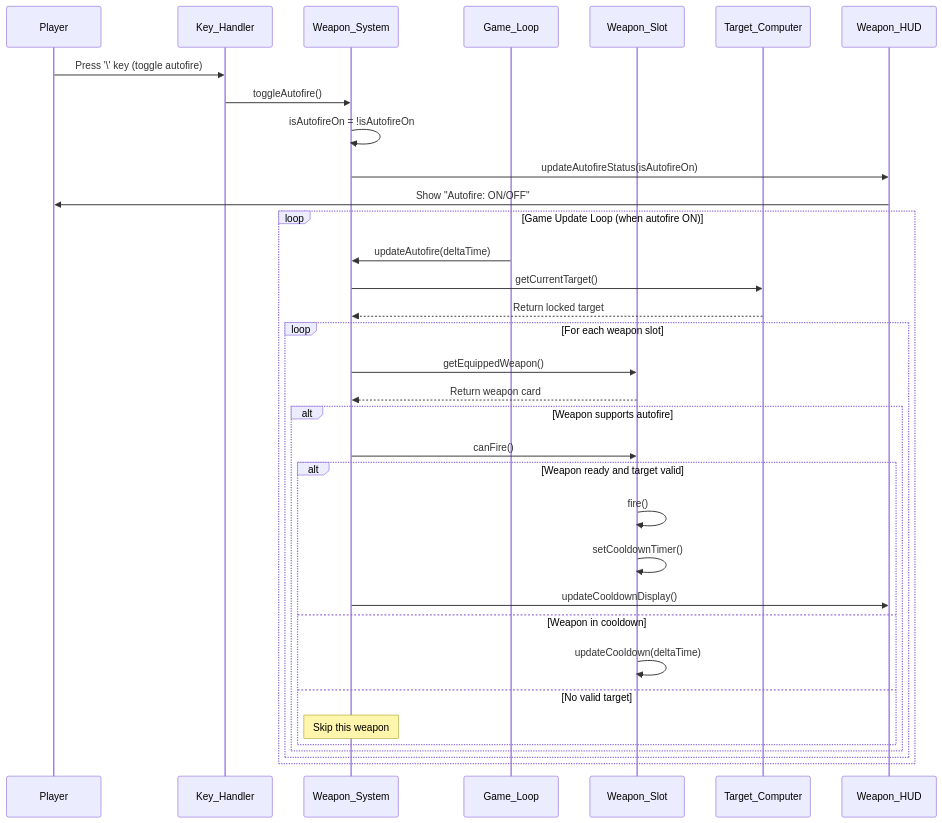
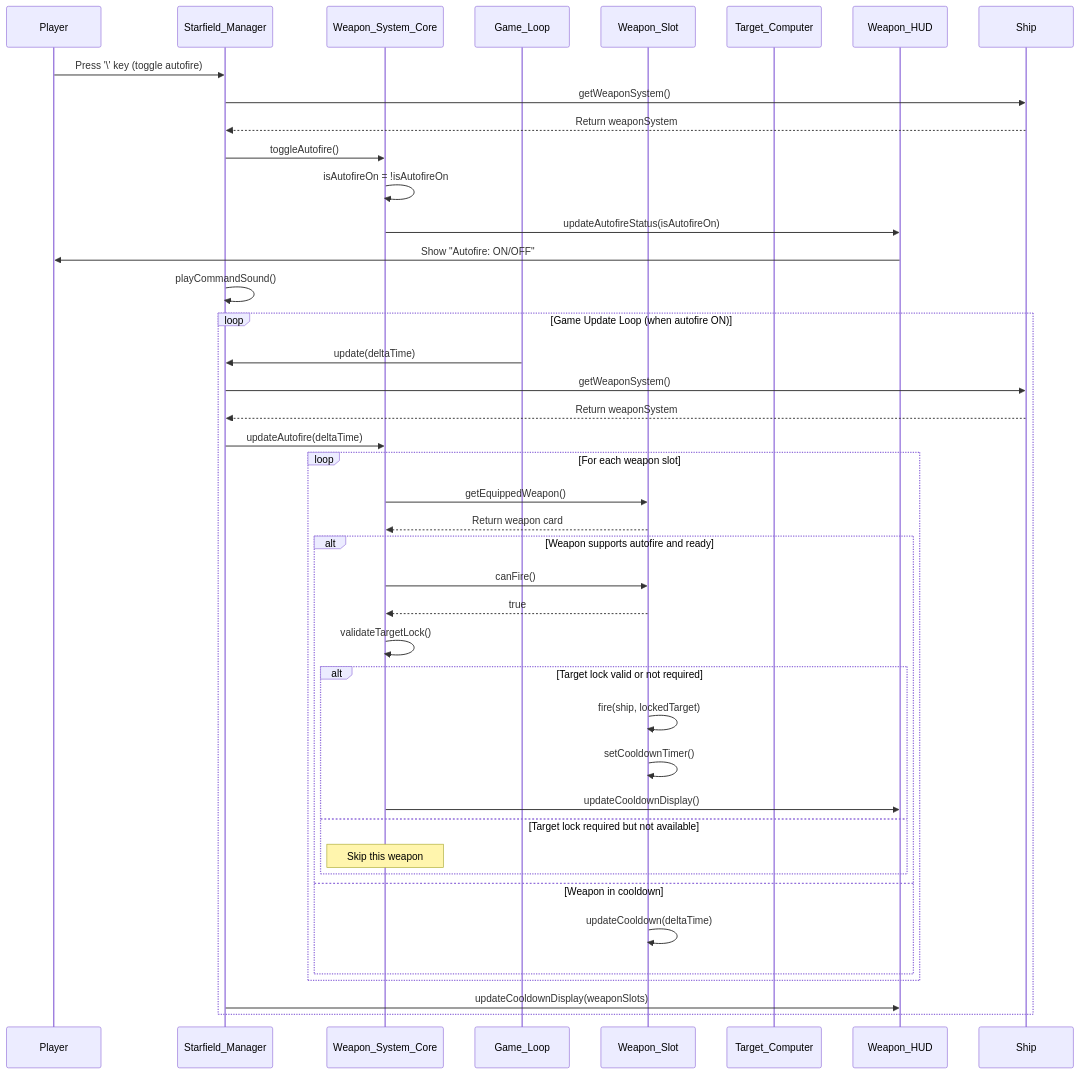
Diagram 19 of 24 in docs/system_architecture.md (thoracle/planetz), drawn with Mermaid before and after one commit. The commit also changed other lines of this file and 9 other files, not shown here.

````diff
--- a/docs/system_architecture.md
+++ b/docs/system_architecture.md
@@ -1081,41 +1149,50 @@
 ```mermaid
 sequenceDiagram
     participant Player
-    participant KeyHandler as Key_Handler
-    participant WeaponSystem as Weapon_System
+    participant StarfieldManager as Starfield_Manager
+    participant WeaponSystemCore as Weapon_System_Core
     participant GameLoop as Game_Loop
     participant WeaponSlot as Weapon_Slot
     participant TargetComputer as Target_Computer
-    participant HUD as Weapon_HUD
+    participant WeaponHUD as Weapon_HUD
+    participant Ship
 
-    Player->>KeyHandler: Press '\' key (toggle autofire)
-    KeyHandler->>WeaponSystem: toggleAutofire()
-    WeaponSystem->>WeaponSystem: isAutofireOn = !isAutofireOn
-    WeaponSystem->>HUD: updateAutofireStatus(isAutofireOn)
-    HUD->>Player: Show "Autofire: ON/OFF"
+    Player->>StarfieldManager: Press '\' key (toggle autofire)
+    StarfieldManager->>Ship: getWeaponSystem()
+    Ship-->>StarfieldManager: Return weaponSystem
+    StarfieldManager->>WeaponSystemCore: toggleAutofire()
+    WeaponSystemCore->>WeaponSystemCore: isAutofireOn = !isAutofireOn
+    WeaponSystemCore->>WeaponHUD: updateAutofireStatus(isAutofireOn)
+    WeaponHUD->>Player: Show "Autofire: ON/OFF"
+    StarfieldManager->>StarfieldManager: playCommandSound()
 
     loop Game Update Loop (when autofire ON)
-        GameLoop->>WeaponSystem: updateAutofire(deltaTime)
-        WeaponSystem->>TargetComputer: getCurrentTarget()
-        TargetComputer-->>WeaponSystem: Return locked target
+        GameLoop->>StarfieldManager: update(deltaTime)
+        StarfieldManager->>Ship: getWeaponSystem()
+        Ship-->>StarfieldManager: Return weaponSystem
+        StarfieldManager->>WeaponSystemCore: updateAutofire(deltaTime)
 
         loop For each weapon slot
-            WeaponSystem->>WeaponSlot: getEquippedWeapon()
-            WeaponSlot-->>WeaponSystem: Return weapon card
+            WeaponSystemCore->>WeaponSlot: getEquippedWeapon()
+            WeaponSlot-->>WeaponSystemCore: Return weapon card
 
-            alt Weapon supports autofire
-                WeaponSystem->>WeaponSlot: canFire()
+            alt Weapon supports autofire and ready
+                WeaponSystemCore->>WeaponSlot: canFire()
+                WeaponSlot-->>WeaponSystemCore: true
+                WeaponSystemCore->>WeaponSystemCore: validateTargetLock()
                 
-                alt Weapon ready and target valid
-                    WeaponSlot->>WeaponSlot: fire()
+                alt Target lock valid or not required
+                    WeaponSlot->>WeaponSlot: fire(ship, lockedTarget)
                     WeaponSlot->>WeaponSlot: setCooldownTimer()
-                    WeaponSystem->>HUD: updateCooldownDisplay()
-                else Weapon in cooldown
-                    WeaponSlot->>WeaponSlot: updateCooldown(deltaTime)
-                else No valid target
-                    Note over WeaponSystem: Skip this weapon
+                    WeaponSystemCore->>WeaponHUD: updateCooldownDisplay()
+                else Target lock required but not available
+                    Note over WeaponSystemCore: Skip this weapon
                 end
+            else Weapon in cooldown
+                WeaponSlot->>WeaponSlot: updateCooldown(deltaTime)
             end
         end
+        
+        StarfieldManager->>WeaponHUD: updateCooldownDisplay(weaponSlots)
     end
 ```
````
